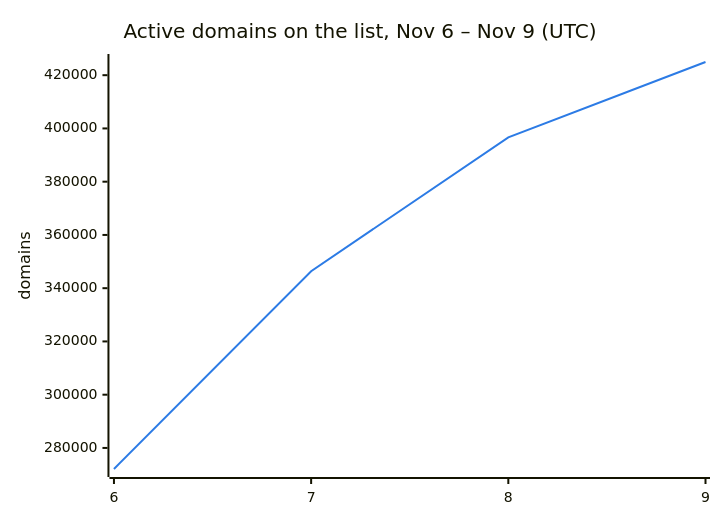
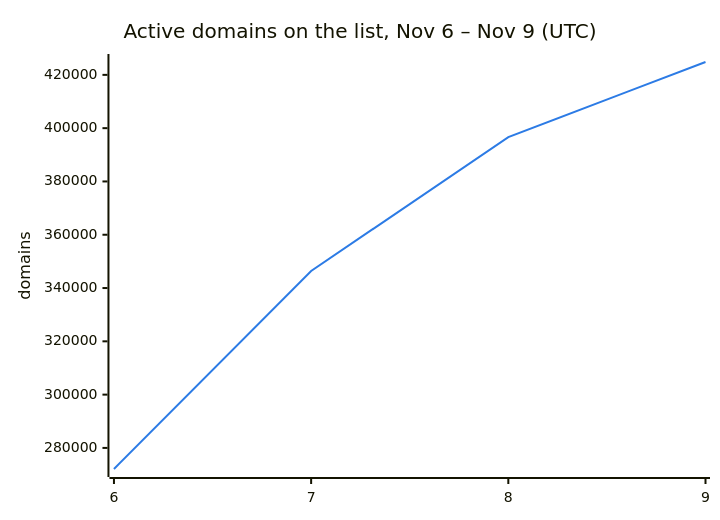
One commit to DNSBunker/CTI changed the second of 3 diagrams in README.md. Above: the diagram before and after it, drawn with Mermaid. The commit also changed other lines of this file and 3 other files, not shown here.

````diff
--- a/README.md
+++ b/README.md
@@ -38,8 +38,8 @@
 ```mermaid
 %%{init: {"themeVariables": {"xyChart": {"plotColorPalette": "#2c7be5"}}}}%%
 xychart-beta
     title "Active domains on the list, Nov 6 – Nov 9 (UTC)"
     x-axis ["6", "7", "8", "9"]
     y-axis "domains"
-    line [272088, 346388, 396638, 424954]
+    line [272088, 346388, 396638, 424828]
 ```
````
